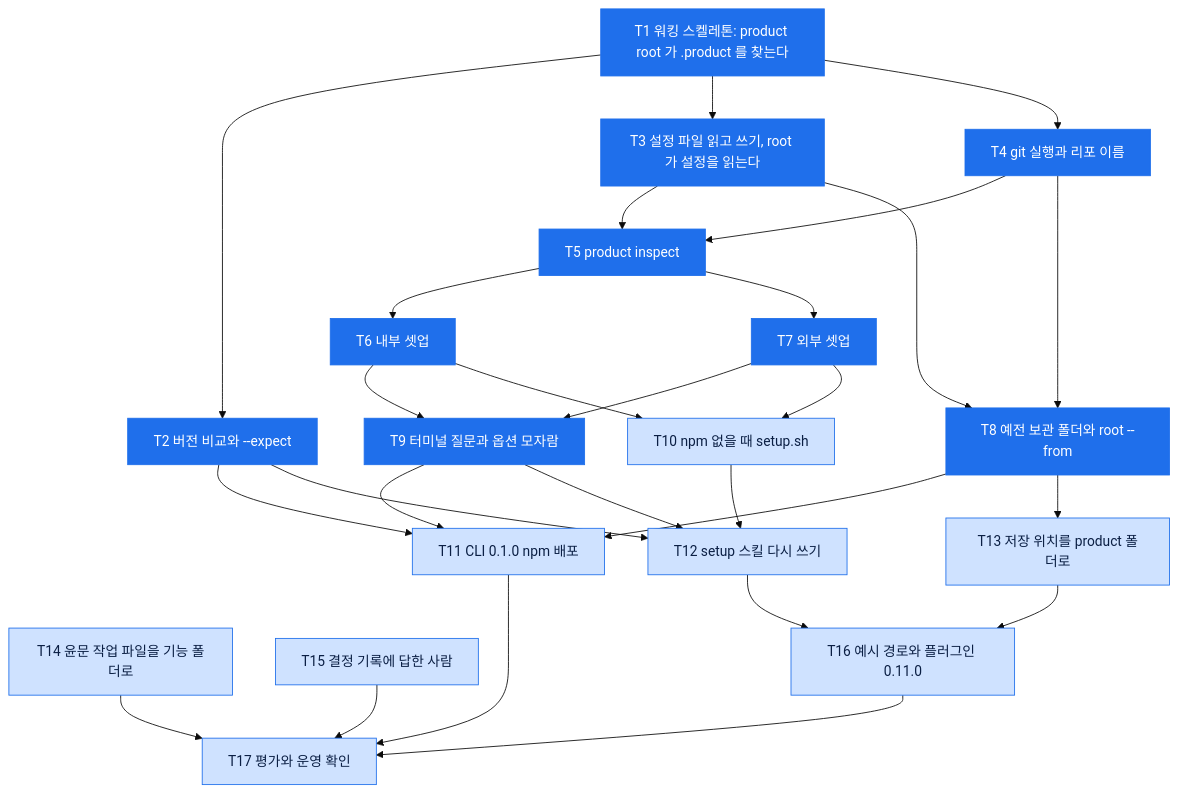
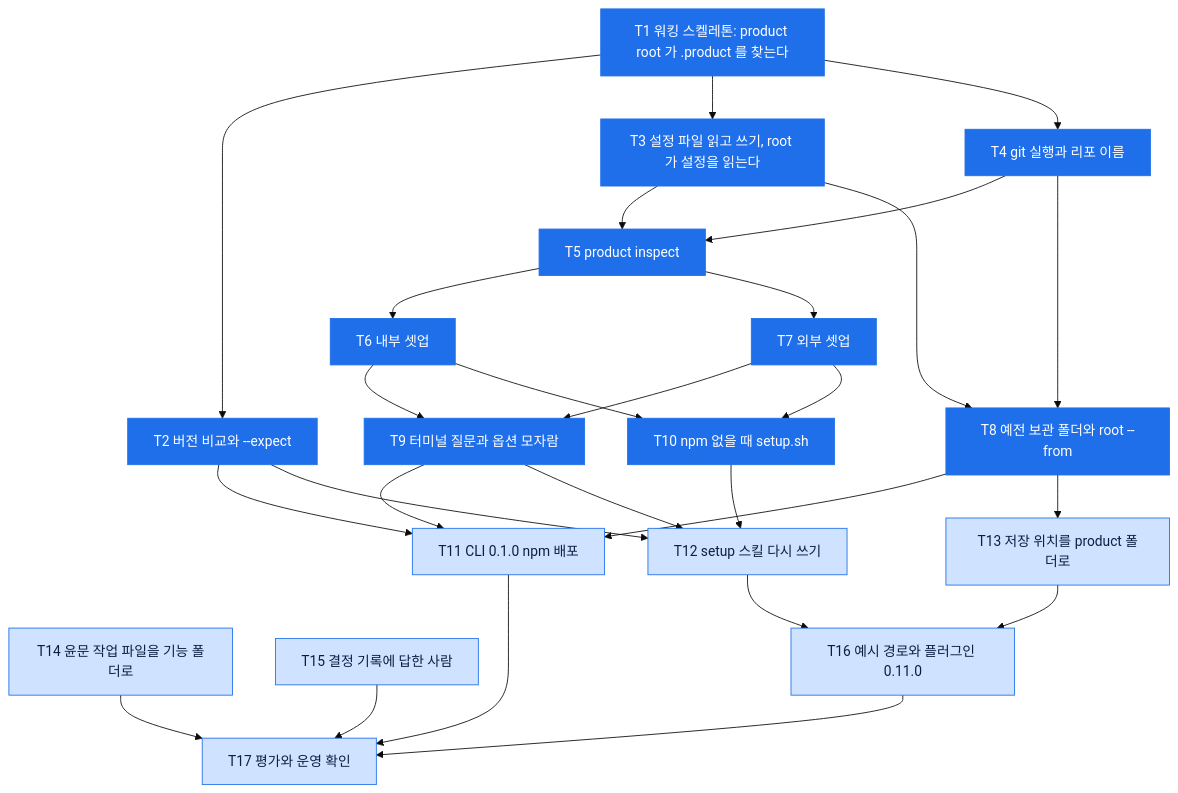
Before and after one commit to dorage/product-skills: the diagram in .product/features/261122_setup-method/tasks.md, drawn with Mermaid (base theme). The commit also changed other lines of this file and 2 other files, not shown here.

Commit message:
feat(product):npm 없는 컴퓨터에서도 같은 셋업을 하도록 setup.sh 추가

````diff
--- a/.product/features/261122_setup-method/tasks.md
+++ b/.product/features/261122_setup-method/tasks.md
@@ -7,50 +7,50 @@
 ```mermaid
 flowchart TD
     T1["T1 워킹 스켈레톤: product root 가 .product 를 찾는다"]
     T2["T2 버전 비교와 --expect"]
     T3["T3 설정 파일 읽고 쓰기, root 가 설정을 읽는다"]
     T4["T4 git 실행과 리포 이름"]
     T5["T5 product inspect"]
     T6["T6 내부 셋업"]
     T7["T7 외부 셋업"]
     T8["T8 예전 보관 폴더와 root --from"]
     T9["T9 터미널 질문과 옵션 모자람"]
     T10["T10 npm 없을 때 setup.sh"]
     T11["T11 CLI 0.1.0 npm 배포"]
     T12["T12 setup 스킬 다시 쓰기"]
     T13["T13 저장 위치를 product 폴더로"]
     T14["T14 윤문 작업 파일을 기능 폴더로"]
     T15["T15 결정 기록에 답한 사람"]
     T16["T16 예시 경로와 플러그인 0.11.0"]
     T17["T17 평가와 운영 확인"]
     T1 --> T2
     T1 --> T3
     T1 --> T4
     T3 --> T5
     T4 --> T5
     T5 --> T6
     T5 --> T7
     T3 --> T8
     T4 --> T8
     T6 --> T9
     T7 --> T9
     T6 --> T10
     T7 --> T10
     T2 --> T11
     T8 --> T11
     T9 --> T11
     T9 --> T12
     T10 --> T12
     T2 --> T12
     T8 --> T13
     T12 --> T16
     T13 --> T16
     T11 --> T17
     T14 --> T17
     T15 --> T17
     T16 --> T17
     classDef done fill:#1f6feb,stroke:#1f6feb,color:#ffffff
     classDef todo fill:#cfe2ff,stroke:#1f6feb,color:#0b1f44
-    class T1,T2,T3,T4,T5,T6,T7,T8,T9 done
-    class T10,T11,T12,T13,T14,T15,T16,T17 todo
+    class T1,T2,T3,T4,T5,T6,T7,T8,T9,T10 done
+    class T11,T12,T13,T14,T15,T16,T17 todo
 ```
````
